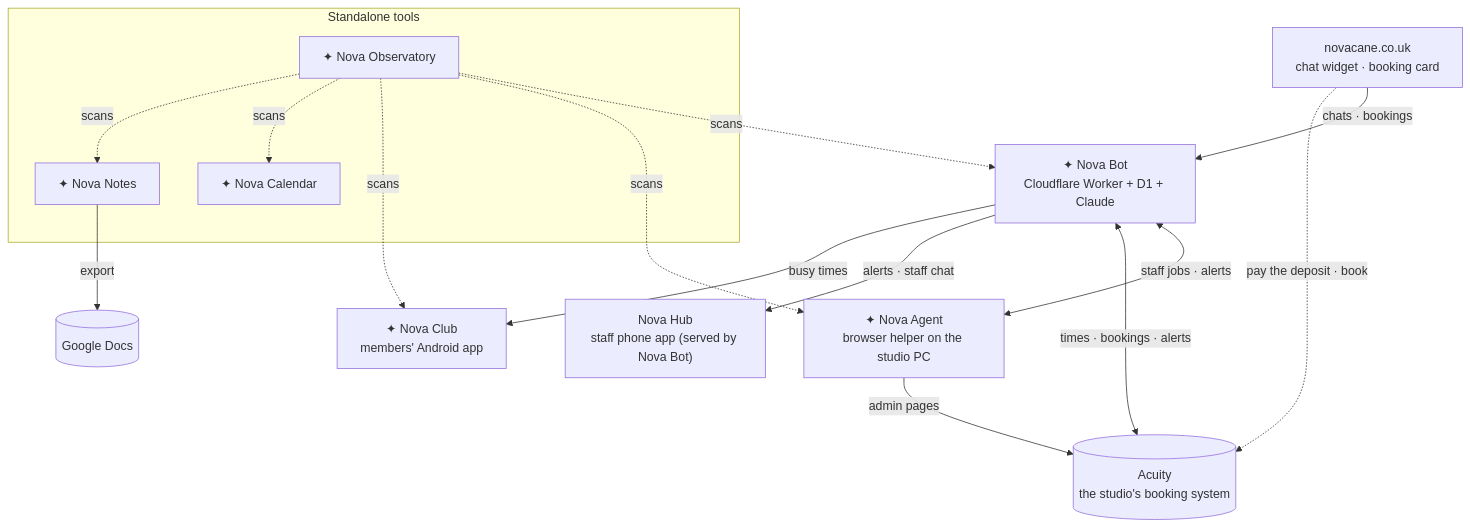
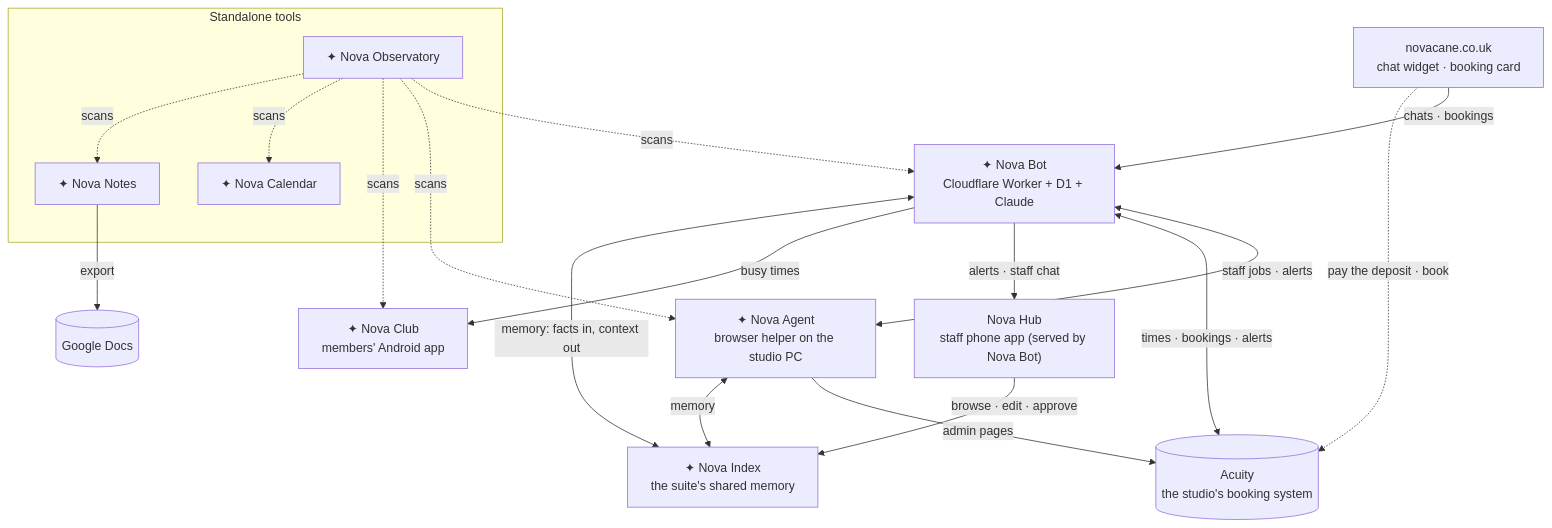
One commit to tuniveza/nova-suite changed the diagram in README.md. Above: the diagram before and after it, drawn with Mermaid. The commit also changed other lines of this file and 1 other file, not shown here.

Commit message:
Add Nova Index, the suite's shared memory; bump nova-bot and nova-agent

````diff
--- a/README.md
+++ b/README.md
@@ -94,18 +99,21 @@
 ```mermaid
 flowchart TB
   site["novacane.co.uk<br/>chat widget · booking card"] -->|chats · bookings| bot
   bot["✦ Nova Bot<br/>Cloudflare Worker + D1 + Claude"]
   bot <-->|staff jobs · alerts| agent["✦ Nova Agent<br/>browser helper on the studio PC"]
   agent -->|admin pages| acuity[("Acuity<br/>the studio's booking system")]
   site -.->|pay the deposit · book| acuity
   bot <-->|times · bookings · alerts| acuity
   bot -->|alerts · staff chat| hub["Nova Hub<br/>staff phone app (served by Nova Bot)"]
   bot -->|busy times| club["✦ Nova Club<br/>members' Android app"]
+  bot <-->|memory: facts in, context out| index["✦ Nova Index<br/>the suite's shared memory"]
+  agent <-->|memory| index
+  hub -->|browse · edit · approve| index
   subgraph tools["Standalone tools"]
     task["✦ Nova Calendar"]
     notes["✦ Nova Notes"]
     obs["✦ Nova Observatory"]
   end
   notes -->|export| gdocs[("Google Docs")]
   obs -.->|scans| bot & agent & club & task & notes
 ```
````
